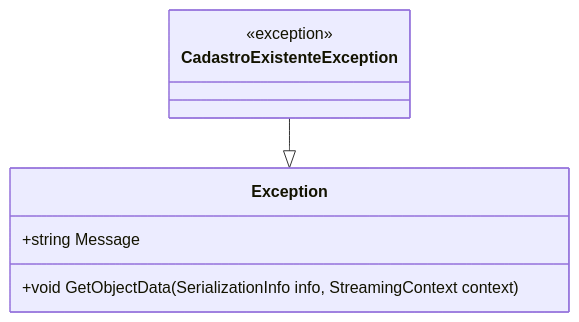
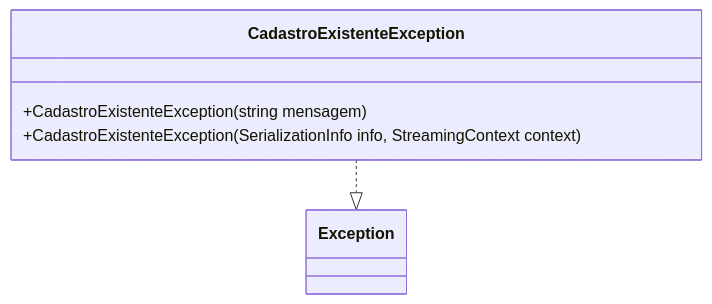
Before and after one commit to IsthmusSistemas/documentacao-tecnica: the diagram in docs/b2b-dominio/IsthmusWinthor.Nucleo/IsthmusWinthor.Dominio/Exceptions/CadastroExistenteException.md, drawn with Mermaid. The commit also changed other lines of this file and 882 other files, not shown here.

````diff
--- a/docs/b2b-dominio/IsthmusWinthor.Nucleo/IsthmusWinthor.Dominio/Exceptions/CadastroExistenteException.md
+++ b/docs/b2b-dominio/IsthmusWinthor.Nucleo/IsthmusWinthor.Dominio/Exceptions/CadastroExistenteException.md
@@ -28,11 +35,8 @@
 ```mermaid
 classDiagram
     class CadastroExistenteException {
-        <<exception>>
+        +CadastroExistenteException(string mensagem)
+        +CadastroExistenteException(SerializationInfo info, StreamingContext context)
     }
-    class Exception {
-        +string Message
-        +void GetObjectData(SerializationInfo info, StreamingContext context)
-    }
-    CadastroExistenteException --|> Exception
+    CadastroExistenteException ..|> Exception
 ```
````
